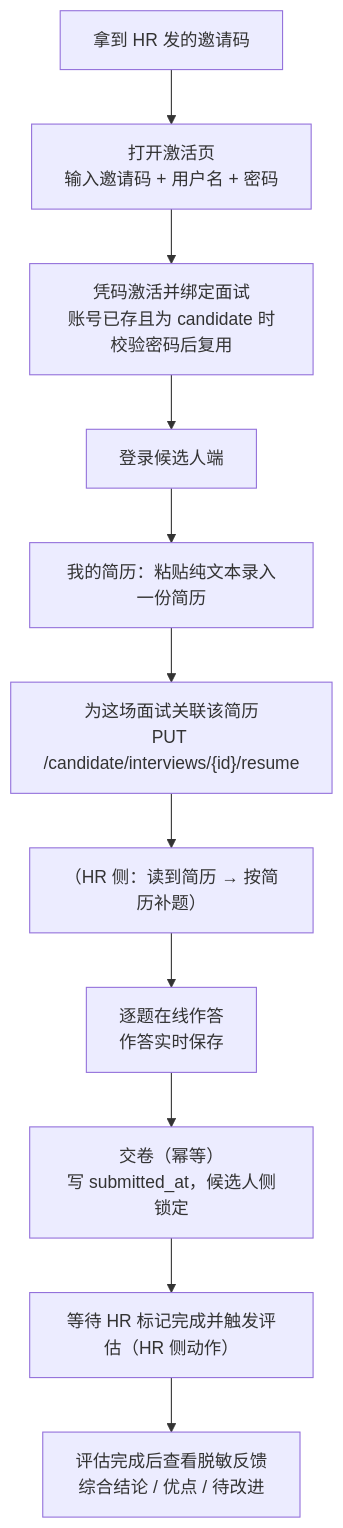
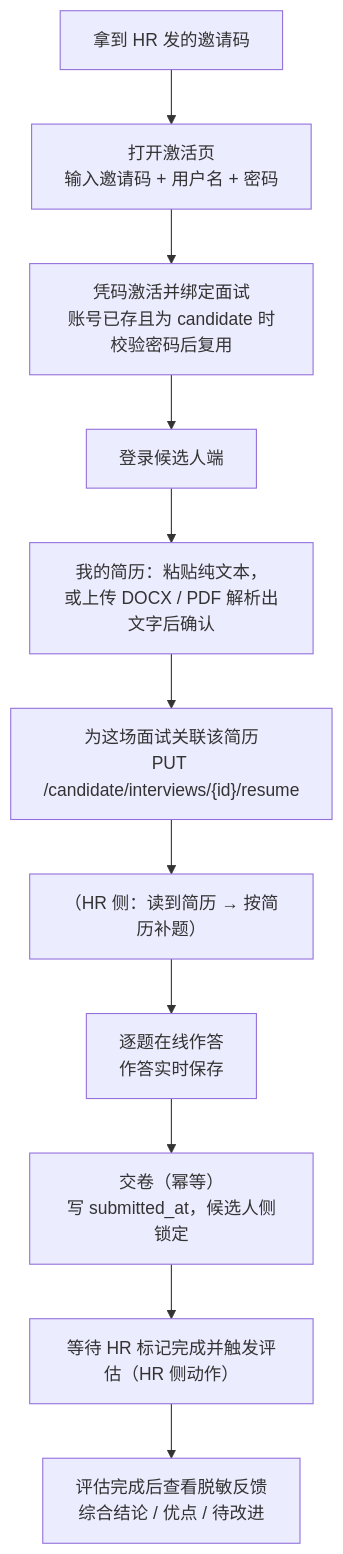
Before and after one commit to SoftDream123123/My-First-Repository: the seventh of 8 diagrams in docs/production/产品说明书.md, drawn with Mermaid. The commit also changed other lines of this file and 9 other files, not shown here.

````diff
--- a/docs/production/产品说明书.md
+++ b/docs/production/产品说明书.md
@@ -1099,13 +1160,13 @@
 ```mermaid
 flowchart TD
     A["拿到 HR 发的邀请码"] --> B["打开激活页<br/>输入邀请码 + 用户名 + 密码"]
     B --> C["凭码激活并绑定面试<br/>账号已存且为 candidate 时校验密码后复用"]
     C --> D["登录候选人端"]
-    D --> E["我的简历：粘贴纯文本录入一份简历"]
+    D --> E["我的简历：粘贴纯文本，<br/>或上传 DOCX / PDF 解析出文字后确认"]
     E --> F["为这场面试关联该简历<br/>PUT /candidate/interviews/{id}/resume"]
     F --> G["（HR 侧：读到简历 → 按简历补题）"]
     G --> H["逐题在线作答<br/>作答实时保存"]
     H --> I["交卷（幂等）<br/>写 submitted_at，候选人侧锁定"]
     I --> J["等待 HR 标记完成并触发评估（HR 侧动作）"]
     J --> K["评估完成后查看脱敏反馈<br/>综合结论 / 优点 / 待改进"]
 ```
````
